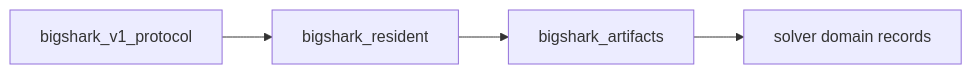
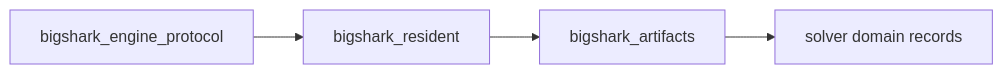
One commit to Zzzode/BigShark changed the fourth of 5 diagrams in docs/design/gto-engine.md. Above: the diagram before and after it, drawn with Mermaid. The commit also changed other lines of this file and 160 other files, not shown here.

````diff
--- a/docs/design/gto-engine.md
+++ b/docs/design/gto-engine.md
@@ -744,6 +741,6 @@
 ```mermaid
 flowchart LR
-  V1[bigshark_v1_protocol] --> Resident[bigshark_resident]
+  Proto[bigshark_engine_protocol] --> Resident[bigshark_resident]
   Resident --> Artifacts[bigshark_artifacts]
   Artifacts --> Solver[solver domain records]
 ```
````
